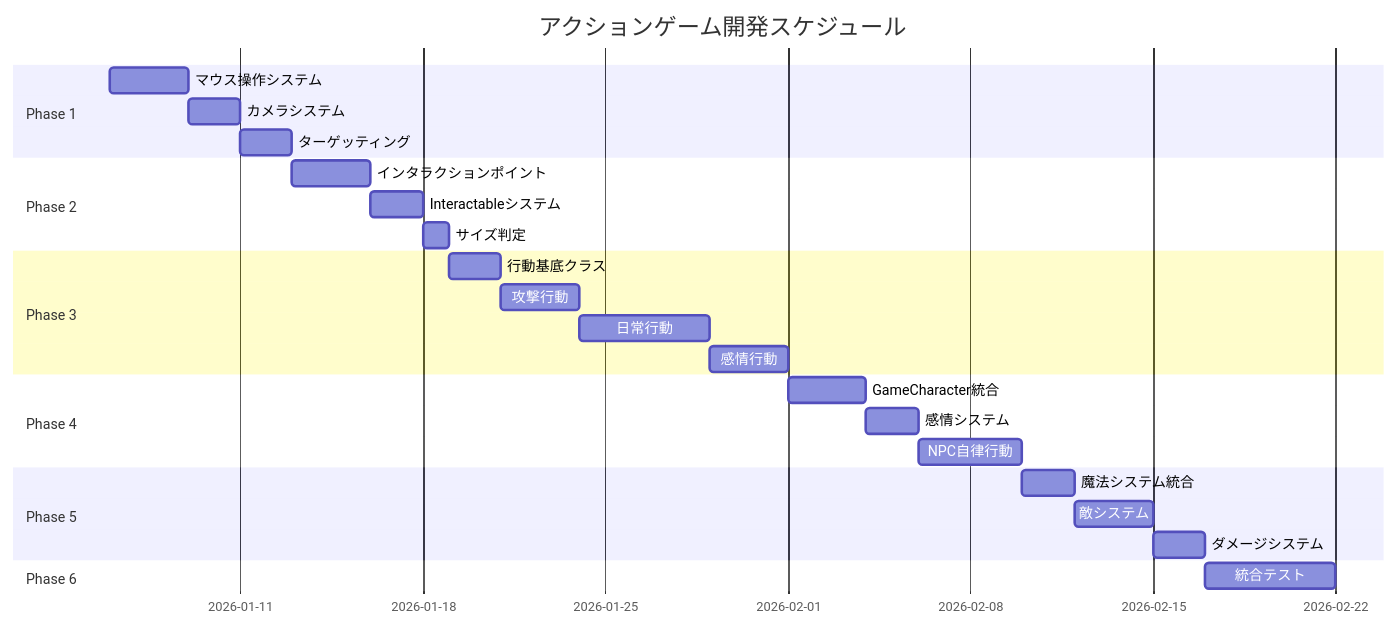
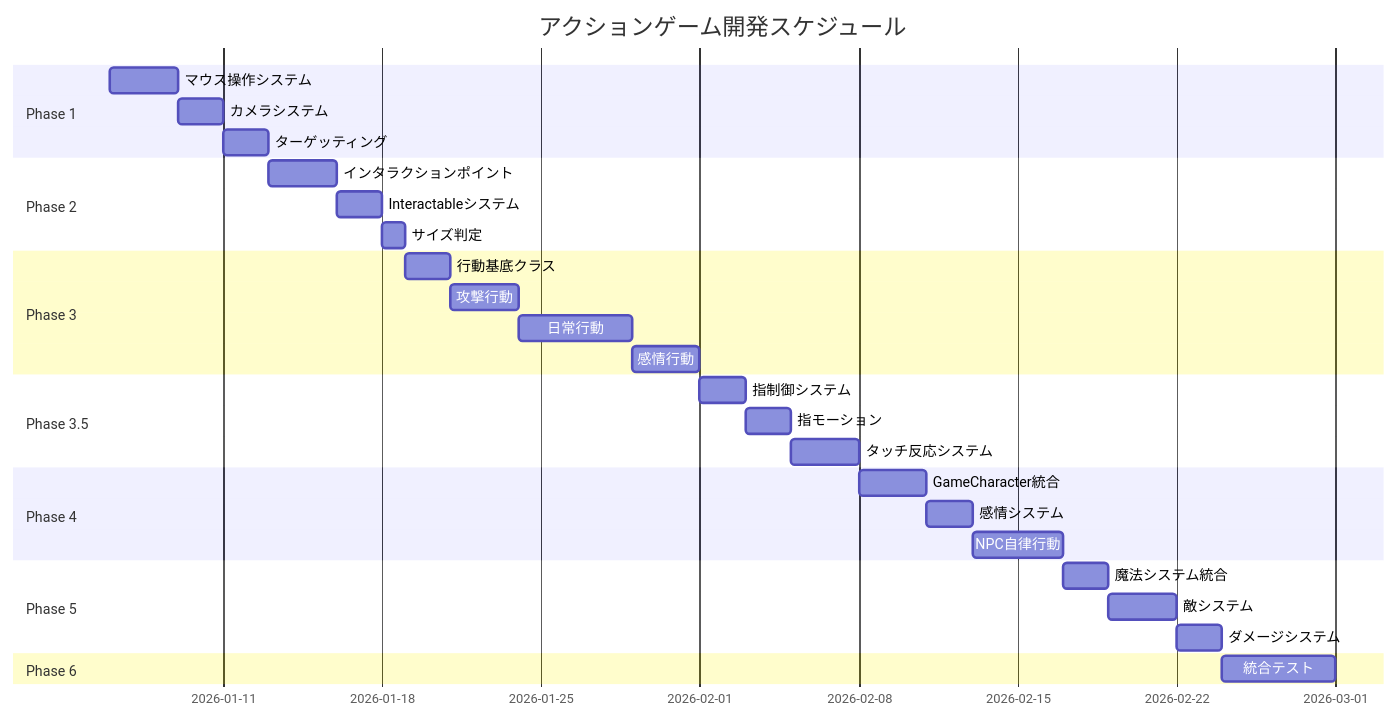
One commit to TakaI2/RPG_defeat_cape changed the diagram in .tmp/action-game-roadmap.md. Above: the diagram before and after it, drawn with Mermaid. The commit also changed other lines of this file and 1 other file, not shown here.

````diff
--- a/.tmp/action-game-roadmap.md
+++ b/.tmp/action-game-roadmap.md
@@ -295,34 +344,39 @@
 ```mermaid
 gantt
     title アクションゲーム開発スケジュール
     dateFormat YYYY-MM-DD
 
     section Phase 1
     マウス操作システム      :p1a, 2026-01-06, 3d
     カメラシステム          :p1b, after p1a, 2d
     ターゲッティング        :p1c, after p1b, 2d
 
     section Phase 2
     インタラクションポイント :p2a, after p1c, 3d
     Interactableシステム    :p2b, after p2a, 2d
     サイズ判定              :p2c, after p2b, 1d
 
     section Phase 3
     行動基底クラス          :p3a, after p2c, 2d
     攻撃行動                :p3b, after p3a, 3d
     日常行動                :p3c, after p3b, 5d
     感情行動                :p3d, after p3c, 3d
 
+    section Phase 3.5
+    指制御システム          :p35a, after p3d, 2d
+    指モーション            :p35b, after p35a, 2d
+    タッチ反応システム      :p35c, after p35b, 3d
+
     section Phase 4
-    GameCharacter統合       :p4a, after p3d, 3d
+    GameCharacter統合       :p4a, after p35c, 3d
     感情システム            :p4b, after p4a, 2d
     NPC自律行動             :p4c, after p4b, 4d
 
     section Phase 5
     魔法システム統合        :p5a, after p4c, 2d
     敵システム              :p5b, after p5a, 3d
     ダメージシステム        :p5c, after p5b, 2d
 
     section Phase 6
     統合テスト              :p6a, after p5c, 5d
 ```
````
